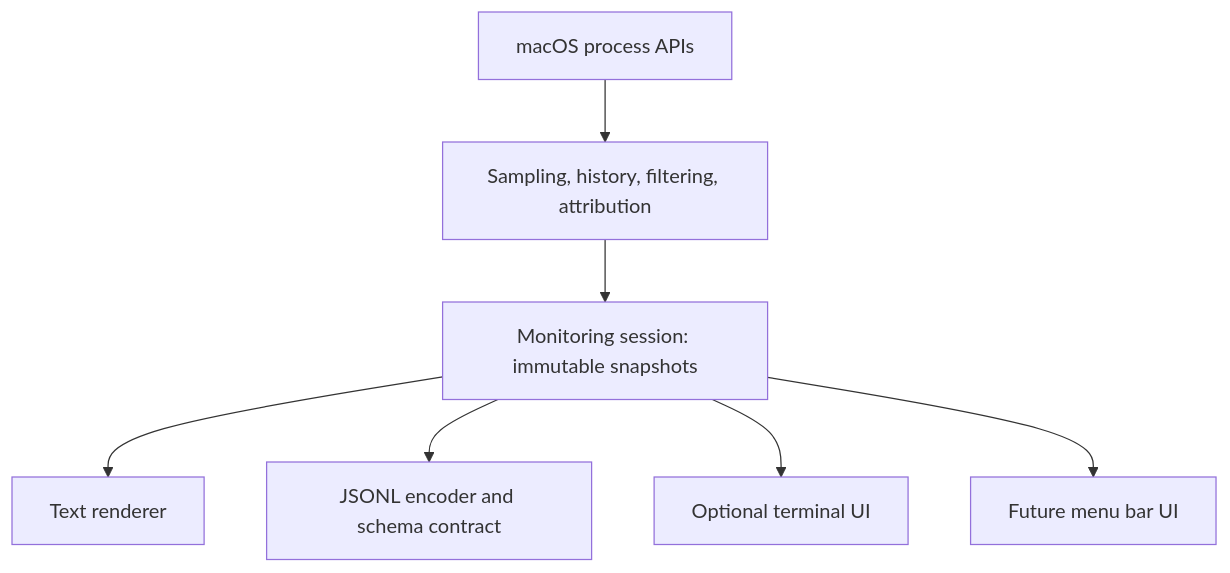
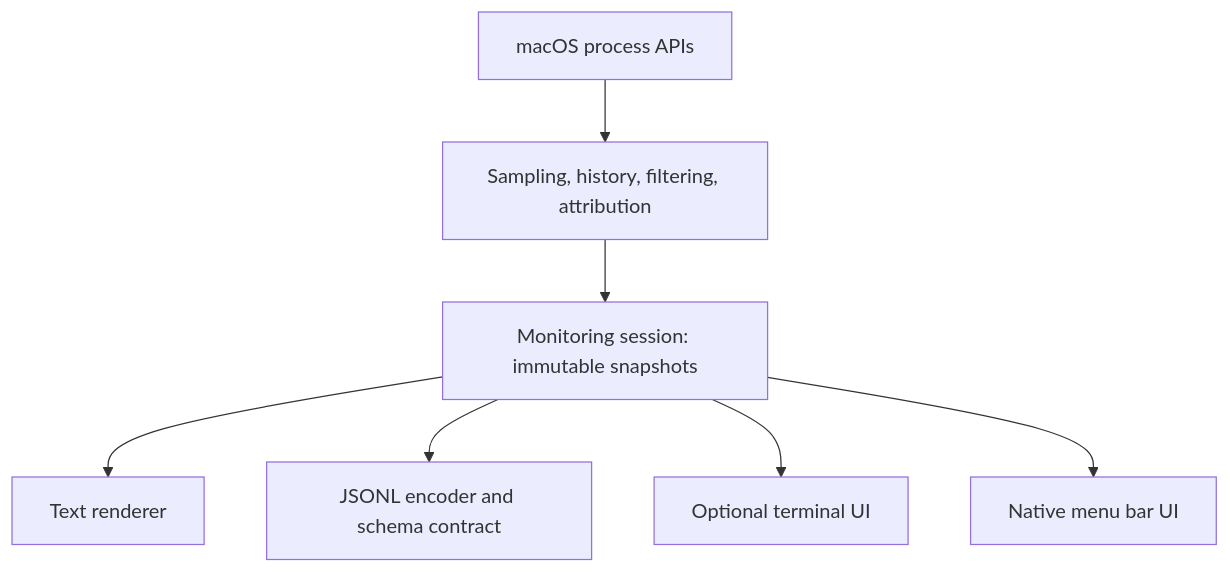
Before and after one commit to mbackschat/agent-monitor: the diagram in docs/architecture.md, drawn with Mermaid. The commit also changed other lines of this file and 15 other files, not shown here.

````diff
--- a/docs/architecture.md
+++ b/docs/architecture.md
@@ -41,9 +41,9 @@
 ```mermaid
 flowchart TD
     OS[macOS process APIs] --> Core[Sampling, history, filtering, attribution]
     Core --> Session[Monitoring session: immutable snapshots]
     Session --> Text[Text renderer]
     Session --> JSON[JSONL encoder and schema contract]
     Session --> TUI[Optional terminal UI]
-    Session --> GUI[Future menu bar UI]
+    Session --> GUI[Native menu bar UI]
 ```
````
